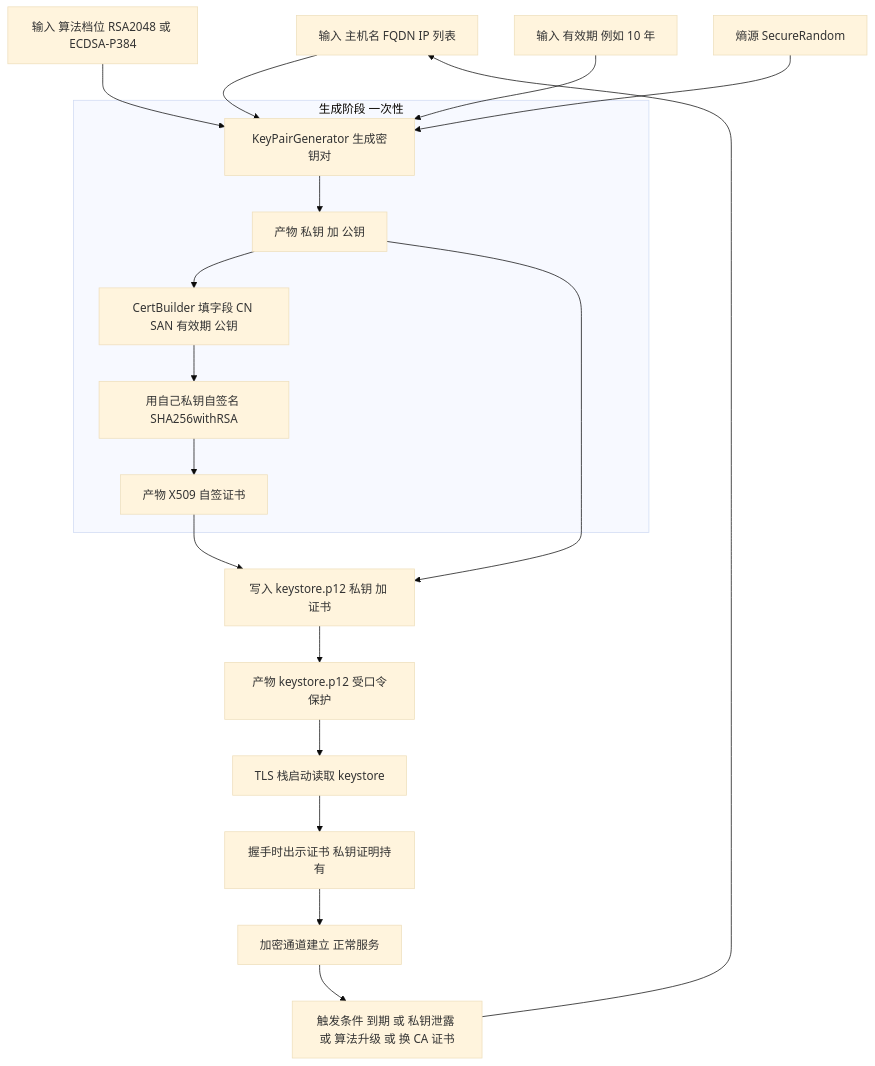
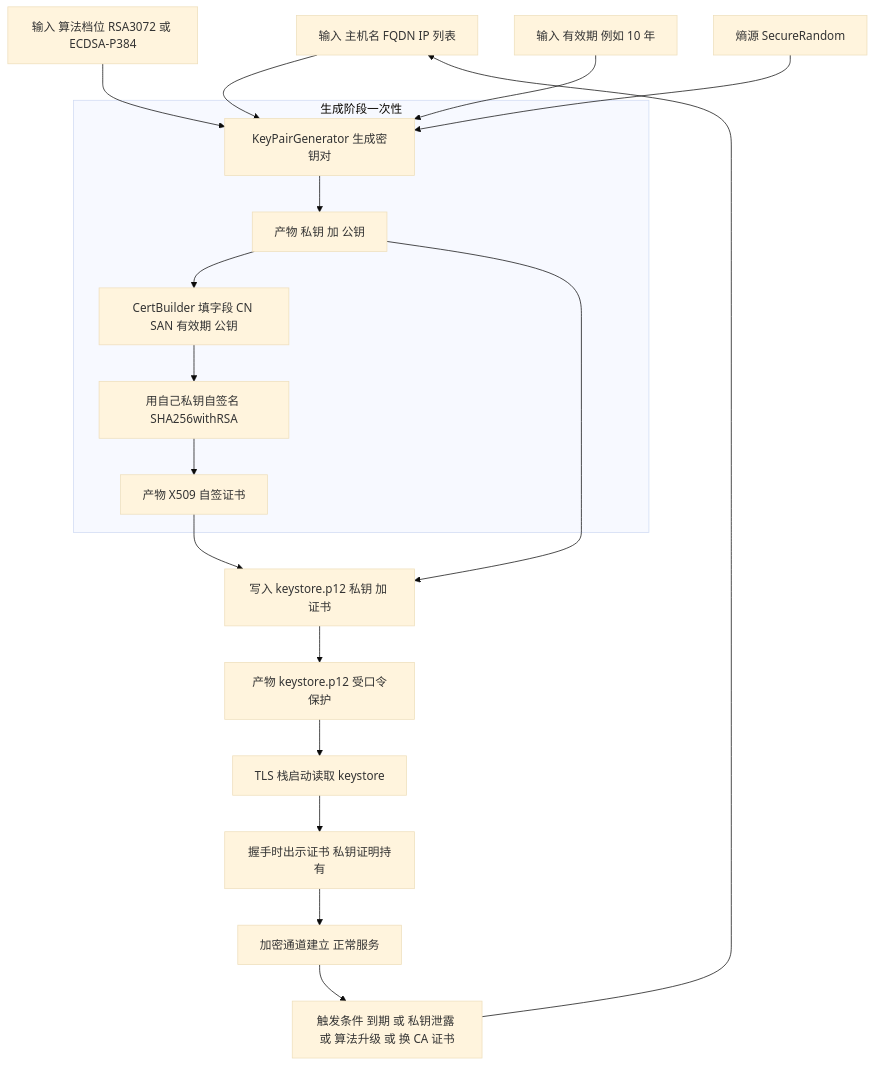
Before and after one commit to vb-wjt/study: the fourth of 4 diagrams in origin/2-projects/vertiv/PI/experience/v4.0/security-fix/design/background/tls-and-certificate-primer.md, drawn with Mermaid (base theme). The commit also changed other lines of this file and 6 other files, not shown here.

````diff
--- a/origin/2-projects/vertiv/PI/experience/v4.0/security-fix/design/background/tls-and-certificate-primer.md
+++ b/origin/2-projects/vertiv/PI/experience/v4.0/security-fix/design/background/tls-and-certificate-primer.md
@@ -147,25 +147,25 @@
 ```mermaid
 flowchart TB
   I1[输入 主机名 FQDN IP 列表] --> G1
-  I2[输入 算法档位 RSA2048 或 ECDSA-P384] --> G1
+  I2[输入 算法档位 RSA3072 或 ECDSA-P384] --> G1
   I3[输入 有效期 例如 10 年] --> G1
   I4[熵源 SecureRandom] --> G1
 
-  subgraph gen [生成阶段 一次性]
+  subgraph 生成阶段一次性
     G1[KeyPairGenerator 生成密钥对] --> G2[产物 私钥 加 公钥]
     G2 --> G3[CertBuilder 填字段 CN SAN 有效期 公钥]
     G3 --> G4[用自己私钥自签名 SHA256withRSA]
     G4 --> G5[产物 X509 自签证书]
   end
 
   G2 --> S1[写入 keystore.p12 私钥 加 证书]
   G5 --> S1
   S1 --> S2[产物 keystore.p12 受口令保护]
 
   S2 --> U1[TLS 栈启动读取 keystore]
   U1 --> U2[握手时出示证书 私钥证明持有]
   U2 --> U3[加密通道建立 正常服务]
 
   U3 --> R1[触发条件 到期 或 私钥泄露 或 算法升级 或 换 CA 证书]
   R1 --> I1
 ```
````
